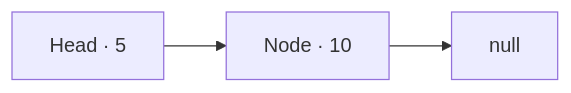
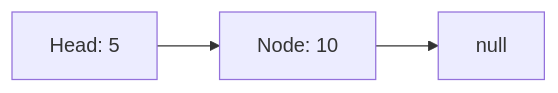
One commit to dericjojo-codecraft/cc-7-deric changed the first of 6 diagrams in README.md. Above: the diagram before and after it, drawn with Mermaid. The commit also changed other lines of this file, not shown here.

````diff
--- a/README.md
+++ b/README.md
@@ -129,4 +134,4 @@
 ```mermaid
 graph LR
-  HEAD["Head · 5"] --> N1["Node · 10"] --> TAIL["null"]
+  HEAD["Head: 5"] --> N1["Node: 10"] --> TAIL["null"]
 ```
````
